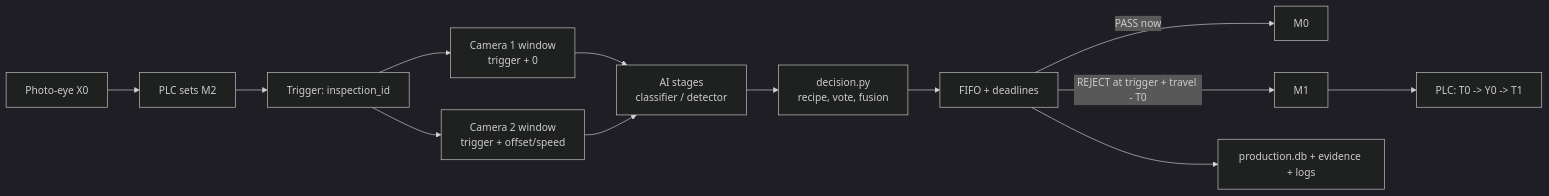
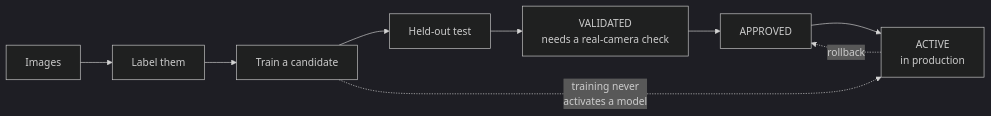
One commit to ombhagwat18/ABVIS_PROJECT_BETA2.0 changed the fourth of 4 diagrams in README.md. Above: the diagram before and after it, drawn with Mermaid (dark theme). The commit also changed other lines of this file and 20 other files, not shown here.

````diff
--- a/README.md
+++ b/README.md
@@ -25,15 +212,11 @@
 ```mermaid
 flowchart LR
-    X0[Photo-eye X0] --> M2[PLC sets M2]
-    M2 --> T[Trigger: inspection_id]
-    T --> C1[Camera 1 window<br/>trigger + 0]
-    T --> C2[Camera 2 window<br/>trigger + offset/speed]
-    C1 --> AI[AI stages<br/>classifier / detector]
-    C2 --> AI
-    AI --> D[decision.py<br/>recipe, vote, fusion]
-    D --> F[FIFO + deadlines]
-    F -->|PASS now| M0[M0]
-    F -->|REJECT at trigger + travel - T0| M1[M1]
-    M1 --> Y0[PLC: T0 -> Y0 -> T1]
-    F --> H[production.db + evidence + logs]
+    I[Images] --> L[Label them]
+    L --> T[Train a candidate]
+    T --> TE[Held-out test]
+    TE --> V[VALIDATED<br/>needs a real-camera check]
+    V --> AP[APPROVED]
+    AP --> AC[ACTIVE<br/>in production]
+    AC -. rollback .-> AP
+    T -. training never<br/>activates a model .-> AC
 ```
````
